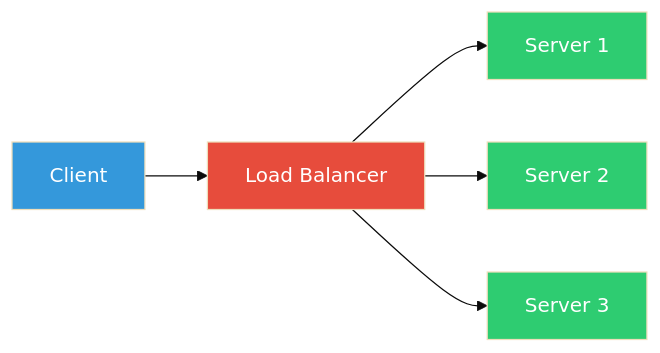
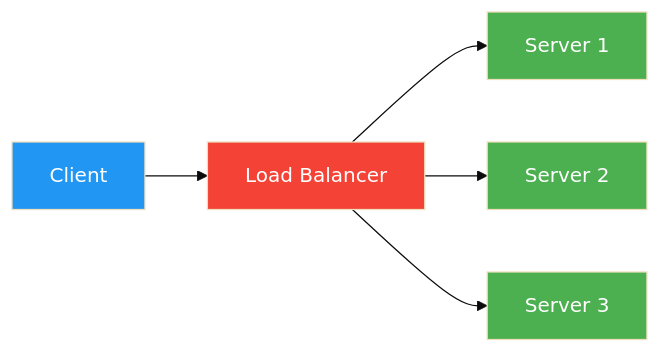
One commit to VBlackJack/ShellBook changed the second of 2 diagrams in docs/devops/docs-as-code.md. Above: the diagram before and after it, drawn with Mermaid (base theme). The commit also changed other lines of this file and 337 other files, not shown here.

First line of the commit message:
refactor(docs): Standardize code blocks and Mermaid colors

````diff
--- a/docs/devops/docs-as-code.md
+++ b/docs/devops/docs-as-code.md
@@ -233,13 +233,13 @@
 ```mermaid
 graph LR
     A[Client] --> B[Load Balancer]
     B --> C[Server 1]
     B --> D[Server 2]
     B --> E[Server 3]
 
-    style A fill:#3498db,color:#fff
-    style B fill:#e74c3c,color:#fff
-    style C fill:#2ecc71,color:#fff
-    style D fill:#2ecc71,color:#fff
-    style E fill:#2ecc71,color:#fff
+    style A fill:#2196F3,color:#fff
+    style B fill:#f44336,color:#fff
+    style C fill:#4CAF50,color:#fff
+    style D fill:#4CAF50,color:#fff
+    style E fill:#4CAF50,color:#fff
 ```
````
